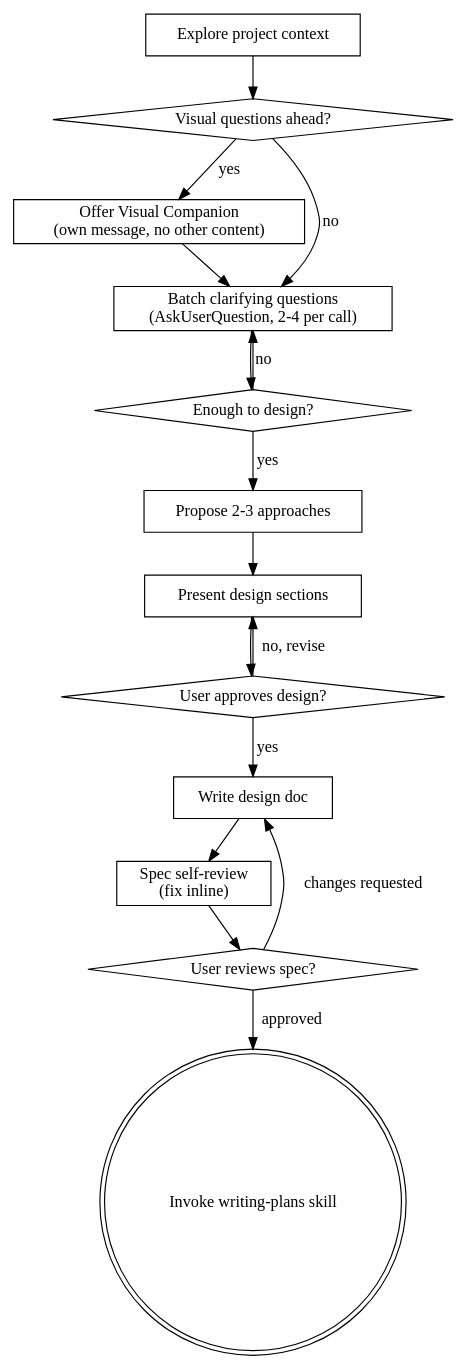
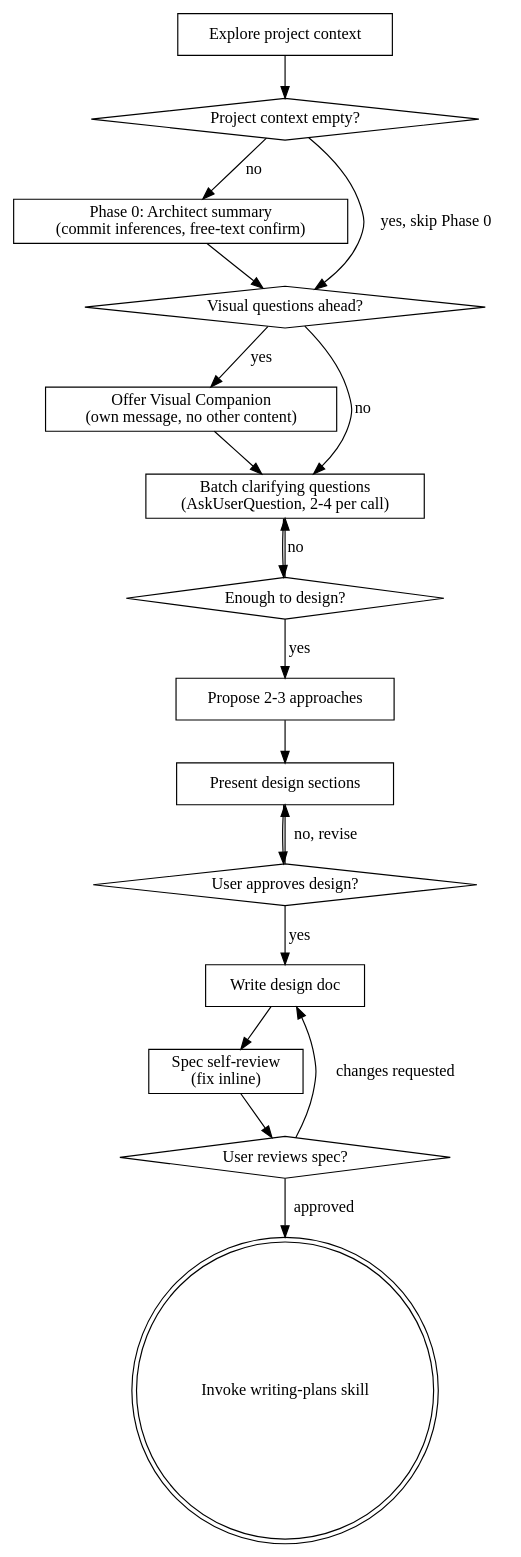
The diagram in plugins/brainstorming/skills/brainstorming/SKILL.md (standardbeagle/standardbeagle-tools), drawn with Graphviz before and after one commit. The commit also changed other lines of this file, not shown here.

First line of the commit message:
[DART-Vg9eAAR9F946] Brainstorming SKILL.md: insert Phase 0 architect-summary mechanics

````diff
--- a/plugins/brainstorming/skills/brainstorming/SKILL.md
+++ b/plugins/brainstorming/skills/brainstorming/SKILL.md
@@ -49,32 +50,37 @@
 ```dot
 digraph brainstorming {
     "Explore project context" [shape=box];
+    "Project context empty?" [shape=diamond];
+    "Phase 0: Architect summary\n(commit inferences, free-text confirm)" [shape=box];
     "Visual questions ahead?" [shape=diamond];
     "Offer Visual Companion\n(own message, no other content)" [shape=box];
     "Batch clarifying questions\n(AskUserQuestion, 2-4 per call)" [shape=box];
     "Enough to design?" [shape=diamond];
     "Propose 2-3 approaches" [shape=box];
     "Present design sections" [shape=box];
     "User approves design?" [shape=diamond];
     "Write design doc" [shape=box];
     "Spec self-review\n(fix inline)" [shape=box];
     "User reviews spec?" [shape=diamond];
     "Invoke writing-plans skill" [shape=doublecircle];
 
-    "Explore project context" -> "Visual questions ahead?";
+    "Explore project context" -> "Project context empty?";
+    "Project context empty?" -> "Visual questions ahead?" [label="yes, skip Phase 0"];
+    "Project context empty?" -> "Phase 0: Architect summary\n(commit inferences, free-text confirm)" [label="no"];
+    "Phase 0: Architect summary\n(commit inferences, free-text confirm)" -> "Visual questions ahead?";
     "Visual questions ahead?" -> "Offer Visual Companion\n(own message, no other content)" [label="yes"];
     "Visual questions ahead?" -> "Batch clarifying questions\n(AskUserQuestion, 2-4 per call)" [label="no"];
     "Offer Visual Companion\n(own message, no other content)" -> "Batch clarifying questions\n(AskUserQuestion, 2-4 per call)";
     "Batch clarifying questions\n(AskUserQuestion, 2-4 per call)" -> "Enough to design?" ;
     "Enough to design?" -> "Batch clarifying questions\n(AskUserQuestion, 2-4 per call)" [label="no"];
     "Enough to design?" -> "Propose 2-3 approaches" [label="yes"];
     "Propose 2-3 approaches" -> "Present design sections";
     "Present design sections" -> "User approves design?";
     "User approves design?" -> "Present design sections" [label="no, revise"];
     "User approves design?" -> "Write design doc" [label="yes"];
     "Write design doc" -> "Spec self-review\n(fix inline)";
     "Spec self-review\n(fix inline)" -> "User reviews spec?";
     "User reviews spec?" -> "Write design doc" [label="changes requested"];
     "User reviews spec?" -> "Invoke writing-plans skill" [label="approved"];
 }
 ```
````
